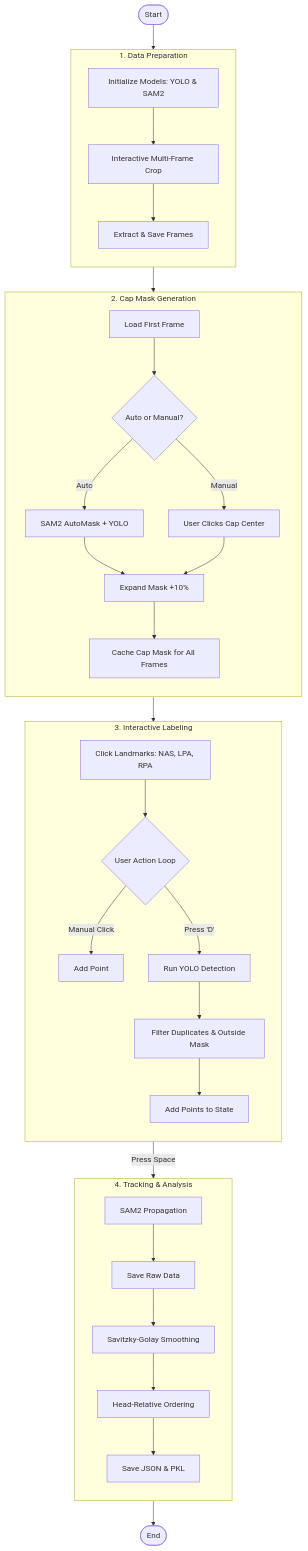
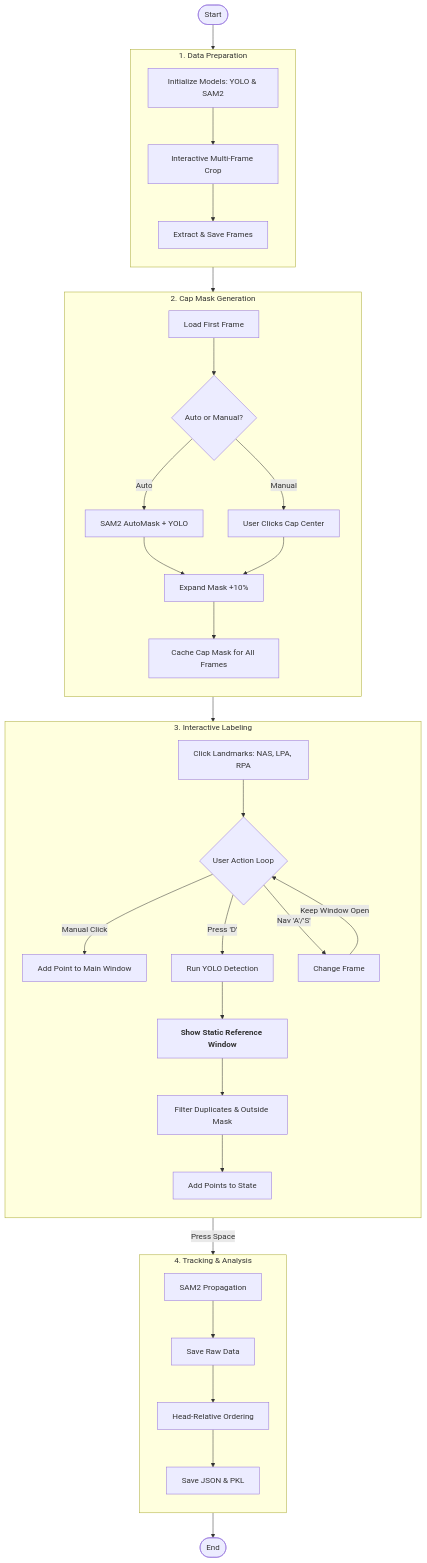
Before and after one commit to evrim06/video-eeg-electrode-registration: the first of 2 diagrams in README.md, drawn with Mermaid. The commit also changed other lines of this file, not shown here.

````diff
--- a/README.md
+++ b/README.md
@@ -13,46 +13,50 @@
 ```mermaid
 flowchart TD
     Start([Start]) --> Init[Initialize Models: YOLO & SAM2]
 
     %% --------------------
     subgraph Data_Prep [1. Data Preparation]
         direction TB
         Init --> MultiFrameCrop[Interactive Multi-Frame Crop]
         MultiFrameCrop --> ExtractFrames[Extract & Save Frames]
     end
 
     %% --------------------
     subgraph Masking_Phase [2. Cap Mask Generation]
         direction TB
         ExtractFrames --> LoadFirstFrame[Load First Frame]
         LoadFirstFrame --> AutoMaskGen{Auto or Manual?}
         AutoMaskGen -- Auto --> SAM2_Auto[SAM2 AutoMask + YOLO]
         AutoMaskGen -- Manual --> Manual_Click[User Clicks Cap Center]
         SAM2_Auto --> ExpandMask[Expand Mask +10%]
         Manual_Click --> ExpandMask
         ExpandMask --> Precompute[Cache Cap Mask for All Frames]
     end
 
     %% --------------------
     subgraph Labeling_Phase [3. Interactive Labeling]
         direction TB
         Precompute --> UserClickLandmarks[Click Landmarks: NAS, LPA, RPA]
         UserClickLandmarks --> InteractiveLoop{User Action Loop}
-        InteractiveLoop -- Manual Click --> AddManual[Add Point]
+        InteractiveLoop -- Manual Click --> AddManual[Add Point to Main Window]
+        
         InteractiveLoop -- Press 'D' --> RunYOLO[Run YOLO Detection]
-        RunYOLO --> Filter[Filter Duplicates & Outside Mask]
+        RunYOLO --> ShowRefWindow[<B>Show Static Reference Window</B>]
+        ShowRefWindow --> Filter[Filter Duplicates & Outside Mask]
         Filter --> AddYOLO[Add Points to State]
+        
+        InteractiveLoop -- Nav 'A'/'S' --> MoveFrame[Change Frame]
+        MoveFrame -- Keep Window Open --> InteractiveLoop
     end
 
     %% --------------------
     subgraph Processing_Phase [4. Tracking & Analysis]
         direction TB
         InteractiveLoop -- Press Space --> Tracking[SAM2 Propagation]
         Tracking --> RawSave[Save Raw Data]
-        RawSave --> Smoothing[Savitzky-Golay Smoothing]
-        Smoothing --> Ordering[Head-Relative Ordering]
+        RawSave --> Ordering[Head-Relative Ordering]
         Ordering --> FinalSave[Save JSON & PKL]
     end
 
     FinalSave --> End([End])
 ```
````
